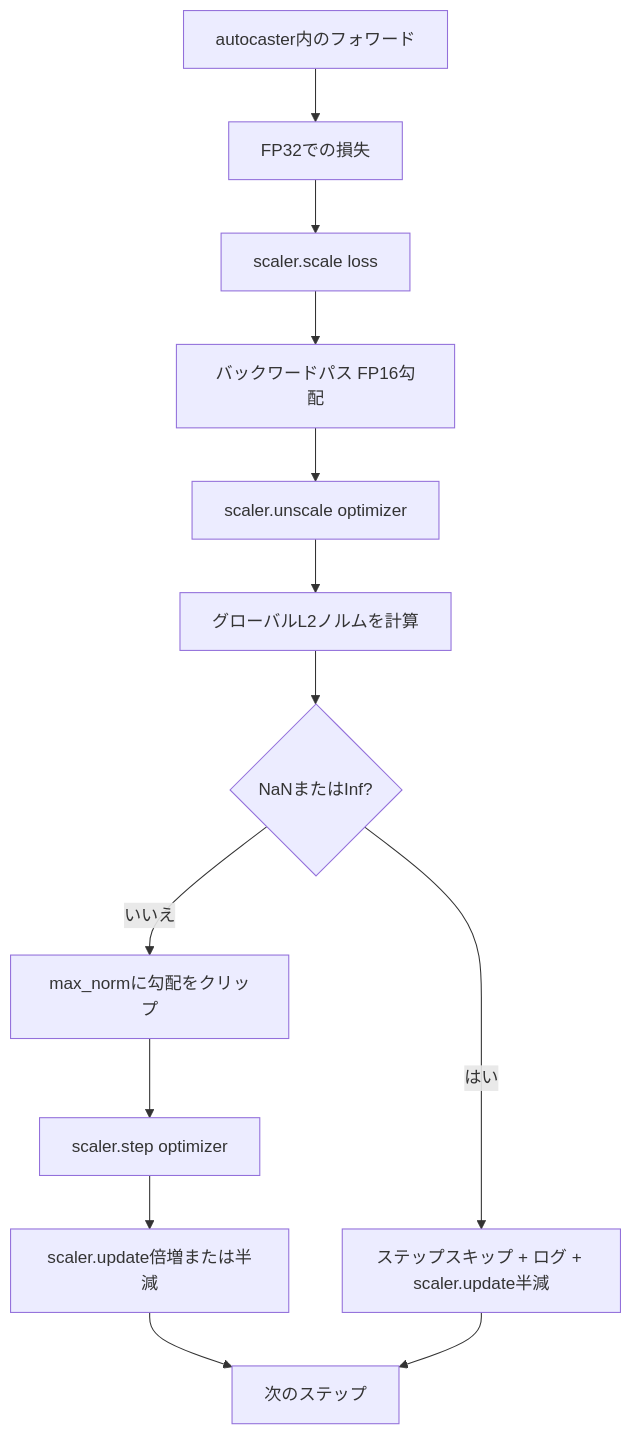
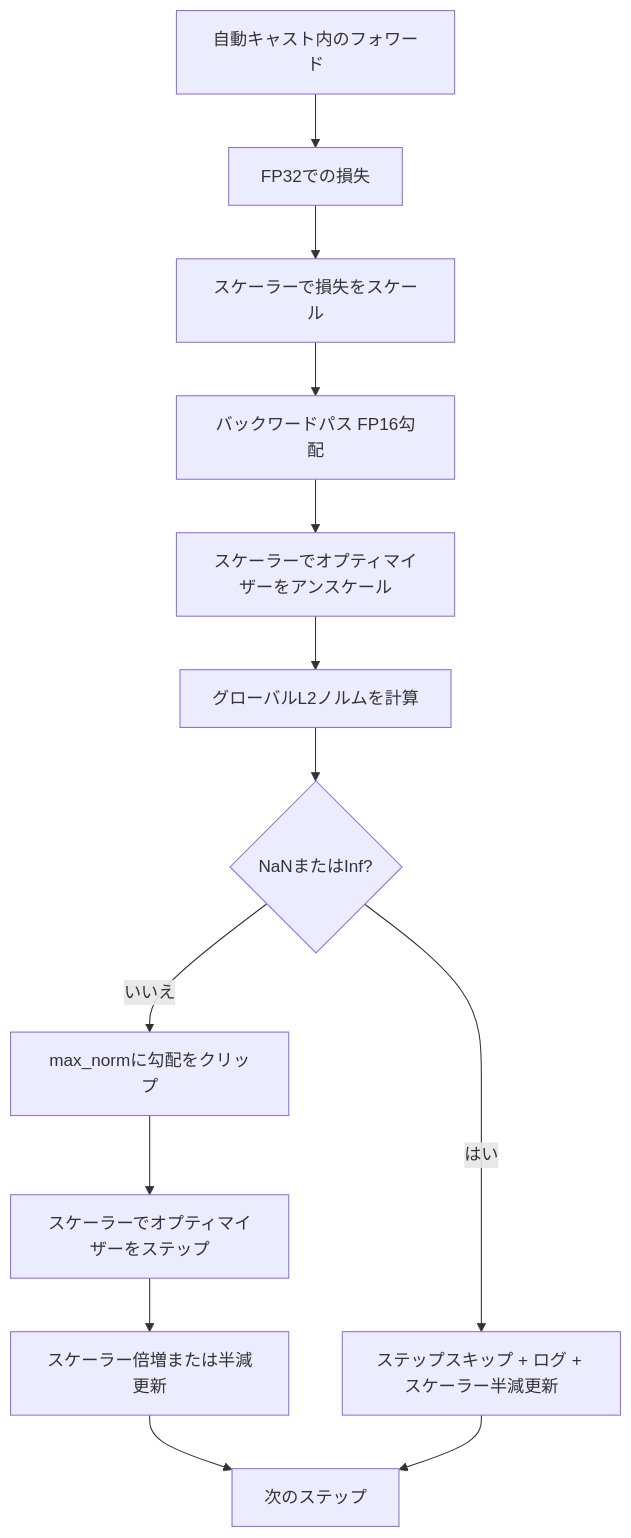
Before and after one commit to shoshoshomen/synapse-academy: the diagram in content/phases/19-capstone-projects/45-gradient-clipping-amp/lesson.ja.md, drawn with Mermaid. The commit also changed 124 other files, not shown here.

First line of the commit message:
feat(i18n): mermaid図のラベルを日本語化(194レッスン/374図)

````diff
--- a/content/phases/19-capstone-projects/45-gradient-clipping-amp/lesson.ja.md
+++ b/content/phases/19-capstone-projects/45-gradient-clipping-amp/lesson.ja.md
@@ -23,15 +23,15 @@
 ```mermaid
 flowchart TD
-  Forward[autocaster内のフォワード] --> Loss[FP32での損失]
-  Loss --> Scale[scaler.scale loss]
-  Scale --> Backward[バックワードパス FP16勾配]
-  Backward --> Unscale[scaler.unscale optimizer]
-  Unscale --> NormCheck[グローバルL2ノルムを計算]
-  NormCheck --> Detect{NaNまたはInf?}
-  Detect -- はい --> Skip[ステップスキップ + ログ + scaler.update半減]
-  Detect -- いいえ --> Clip[max_normに勾配をクリップ]
-  Clip --> StepOpt[scaler.step optimizer]
-  StepOpt --> Update[scaler.update倍増または半減]
-  Update --> NextStep[次のステップ]
+  Forward["自動キャスト内のフォワード"] --> Loss["FP32での損失"]
+  Loss --> Scale["スケーラーで損失をスケール"]
+  Scale --> Backward["バックワードパス FP16勾配"]
+  Backward --> Unscale["スケーラーでオプティマイザーをアンスケール"]
+  Unscale --> NormCheck["グローバルL2ノルムを計算"]
+  NormCheck --> Detect{"NaNまたはInf?"}
+  Detect -- "はい" --> Skip["ステップスキップ + ログ + スケーラー半減更新"]
+  Detect -- "いいえ" --> Clip["max_normに勾配をクリップ"]
+  Clip --> StepOpt["スケーラーでオプティマイザーをステップ"]
+  StepOpt --> Update["スケーラー倍増または半減更新"]
+  Update --> NextStep["次のステップ"]
   Skip --> NextStep
 ```
````
